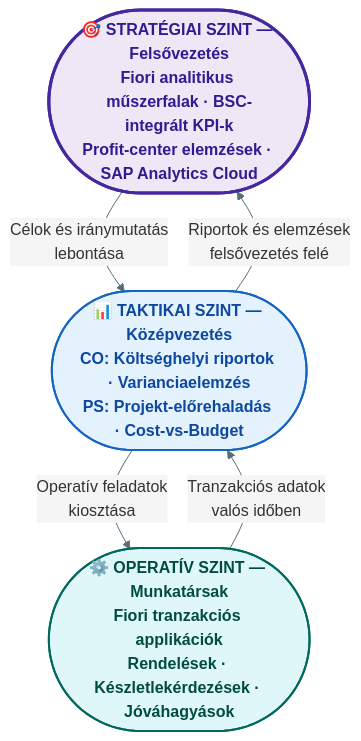
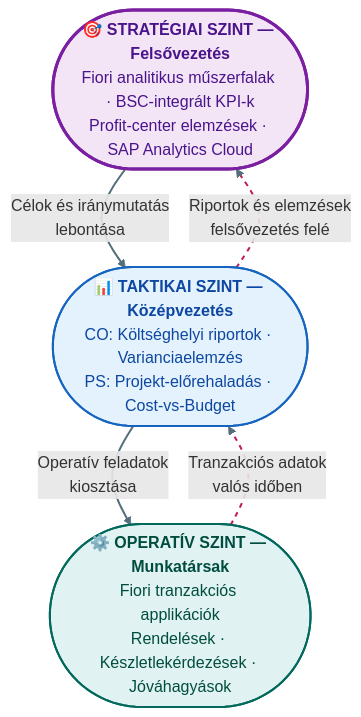
One commit to denespocsik/MM_BSC_Zarovizsga changed the fourth of 4 diagrams in Tételek/V15-GMXIV2MBLF-ERP projektmenedzsment és üzemeltetés.tétel.md. Above: the diagram before and after it, drawn with Mermaid. The commit also changed other lines of this file and 34 other files, not shown here.

First line of the commit message:
style(tételek): egységes vizuális arculat a Mermaid-diagramokhoz

````diff
--- a/Tételek/V15-GMXIV2MBLF-ERP projektmenedzsment és üzemeltetés.tétel.md
+++ b/Tételek/V15-GMXIV2MBLF-ERP projektmenedzsment és üzemeltetés.tétel.md
@@ -170,16 +176,18 @@
 ```mermaid
-%%{init: {'theme': 'base', 'themeVariables': {'primaryColor': '#FFF', 'lineColor': '#546E7A', 'edgeLabelBackground': '#F5F5F5'}}}%%
 flowchart TD
-    classDef strategic fill:#EDE7F6,stroke:#4527A0,stroke-width:3px,color:#311B92,font-weight:bold
-    classDef tactical  fill:#E3F2FD,stroke:#1565C0,stroke-width:2px,color:#0D47A1,font-weight:bold
-    classDef operative fill:#E0F7FA,stroke:#00695C,stroke-width:2px,color:#004D40,font-weight:bold
+    S(["🎯 <b>STRATÉGIAI SZINT — Felsővezetés</b><br/>Fiori analitikus műszerfalak · BSC-integrált KPI-k<br/>Profit-center elemzések · SAP Analytics Cloud"]):::lilaH
+    T(["📊 <b>TAKTIKAI SZINT — Középvezetés</b><br/>CO: Költséghelyi riportok · Varianciaelemzés<br/>PS: Projekt-előrehaladás · Cost-vs-Budget"]):::kek
+    O(["⚙️ <b>OPERATÍV SZINT — Munkatársak</b><br/>Fiori tranzakciós applikációk<br/>Rendelések · Készletlekérdezések · Jóváhagyások"]):::turkiz
 
-    S(["🎯 STRATÉGIAI SZINT — Felsővezetés\nFiori analitikus műszerfalak · BSC-integrált KPI-k\nProfit-center elemzések · SAP Analytics Cloud"]):::strategic
-    T(["📊 TAKTIKAI SZINT — Középvezetés\nCO: Költséghelyi riportok · Varianciaelemzés\nPS: Projekt-előrehaladás · Cost-vs-Budget"]):::tactical
-    O(["⚙️ OPERATÍV SZINT — Munkatársak\nFiori tranzakciós applikációk\nRendelések · Készletlekérdezések · Jóváhagyások"]):::operative
+    S -->|"Célok és iránymutatás<br/>lebontása"| T
+    T -->|"Operatív feladatok<br/>kiosztása"| O
+    O -->|"Tranzakciós adatok<br/>valós időben"| T
+    T -->|"Riportok és elemzések<br/>felsővezetés felé"| S
 
-    S -->|"Célok és iránymutatás\nlebontása"| T
-    T -->|"Operatív feladatok\nkiosztása"| O
-    O -->|"Tranzakciós adatok\nvalós időben"| T
-    T -->|"Riportok és elemzések\nfelsővezetés felé"| S
+    classDef kek    fill:#e3f2fd,stroke:#1565c0,stroke-width:2px,color:#0d47a1,rx:10,ry:10;
+    classDef lilaH  fill:#f3e5f5,stroke:#7b1fa2,stroke-width:3px,color:#4a148c,rx:10,ry:10;
+    classDef turkiz fill:#e0f2f1,stroke:#00695c,stroke-width:2px,color:#004d40,rx:10,ry:10;
+
+    linkStyle default stroke:#546e7a,stroke-width:2px;
+    linkStyle 2,3 stroke:#c2185b,stroke-width:2px,stroke-dasharray: 5 5;
 ```
````
